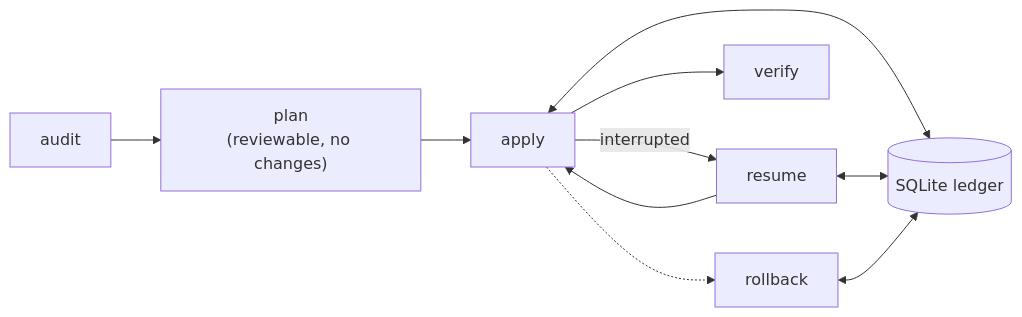
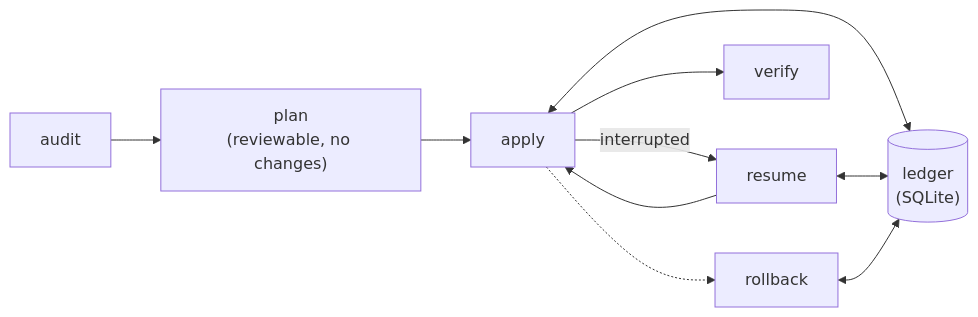
The diagram in README.md (HarnageaGabriel/trasloco), drawn with Mermaid before and after one commit. The commit also changed other lines of this file and 4 other files, not shown here.

````diff
--- a/README.md
+++ b/README.md
@@ -181,13 +186,13 @@
 ```mermaid
 flowchart LR
   audit["audit"] --> plan["plan<br/>(reviewable, no changes)"]
   plan --> apply["apply"]
   apply -->|interrupted| resume["resume"]
   resume --> apply
   apply --> verify["verify"]
   apply -.-> rollback["rollback"]
-  ledger[("SQLite ledger")]
+  ledger[("ledger<br/>(SQLite)")]
   apply <--> ledger
   resume <--> ledger
   rollback <--> ledger
 ```
````
